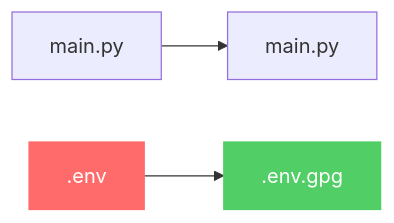
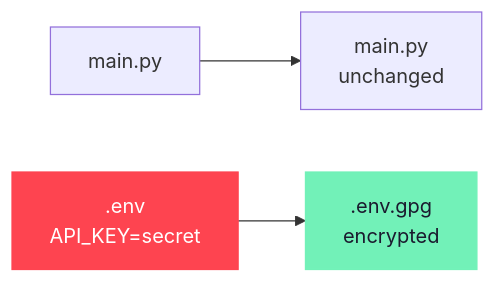
One commit to haKC-ai/gitcloakd changed the second of 3 diagrams in README.md. Above: the diagram before and after it, drawn with Mermaid. The commit also changed other lines of this file, not shown here.

````diff
--- a/README.md
+++ b/README.md
@@ -102,8 +216,8 @@
 ```mermaid
 graph LR
-    A[main.py] --> B[main.py]
-    C[.env] --> D[.env.gpg]
+    A[main.py] --> B[main.py<br/>unchanged]
+    C[.env<br/>API_KEY=secret] --> D[.env.gpg<br/>encrypted]
 
-    style C fill:#ff6b6b,stroke:#ff6b6b,color:#fff
-    style D fill:#51cf66,stroke:#51cf66,color:#fff
+    style C fill:#fe4450,stroke:#fe4450,color:#fff
+    style D fill:#72f1b8,stroke:#72f1b8,color:#1a1a2e
 ```
````
